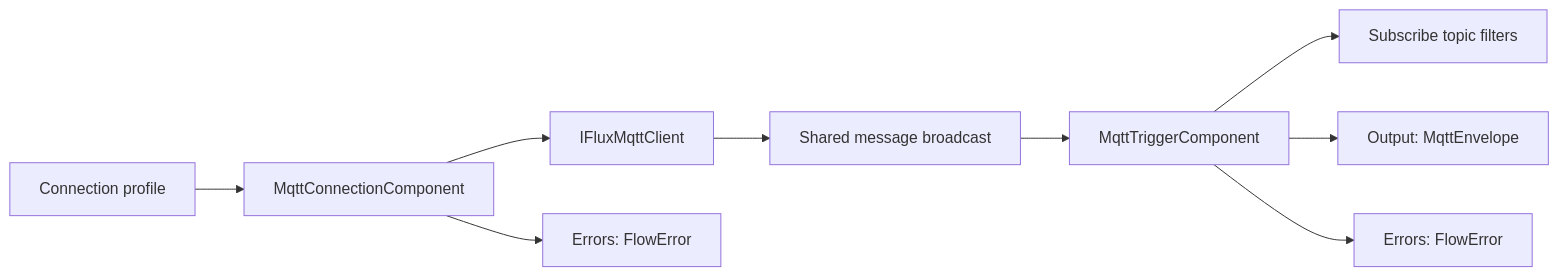
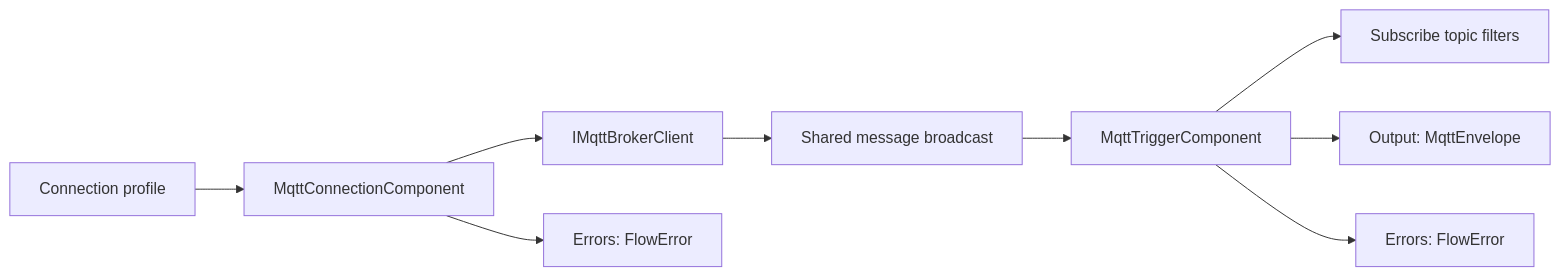
Before and after one commit to araxis/FluxMq: the fourth of 19 diagrams in docs/flow-components.md, drawn with Mermaid. The commit also changed other lines of this file and 224 other files, not shown here.

````diff
--- a/docs/flow-components.md
+++ b/docs/flow-components.md
@@ -105,11 +105,11 @@
 ```mermaid
 flowchart LR
     Profile["Connection profile"] --> Connection["MqttConnectionComponent"]
-    Connection --> Client["IFluxMqttClient"]
+    Connection --> Client["IMqttBrokerClient"]
     Client --> Broadcast["Shared message broadcast"]
     Trigger["MqttTriggerComponent"] --> Subscribe["Subscribe topic filters"]
     Broadcast --> Trigger
     Trigger --> Out["Output: MqttEnvelope"]
     Connection --> ConnectionErrors["Errors: FlowError"]
     Trigger --> TriggerErrors["Errors: FlowError"]
 ```
````
